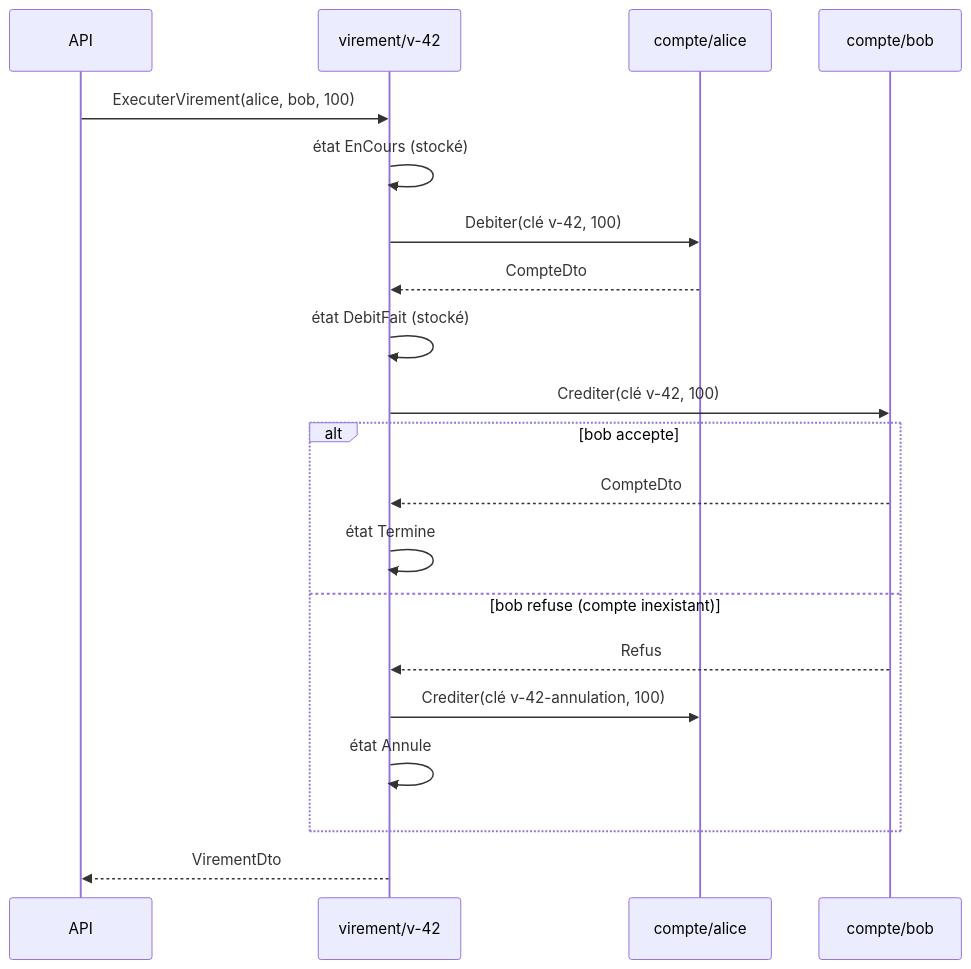
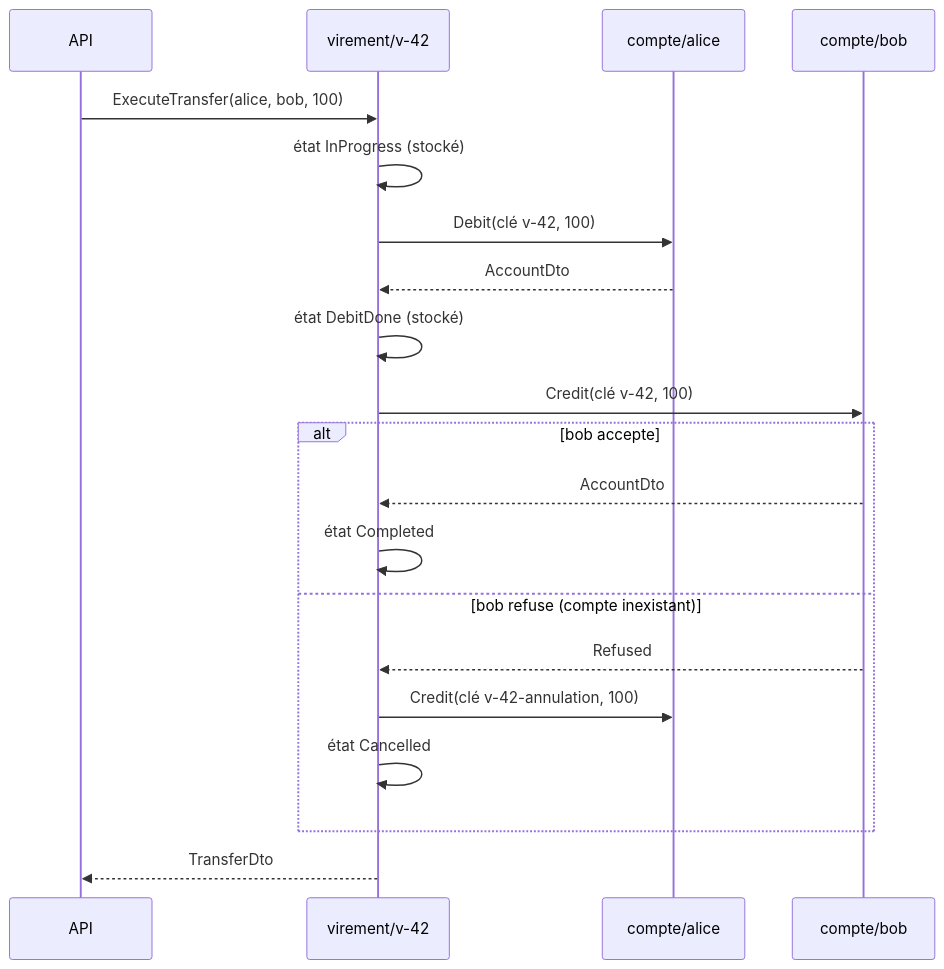
Before and after one commit to drangoht/ArchitecturesDemo: the third of 4 diagrams in Docs/18-modele-acteurs.md, drawn with Mermaid. The commit also changed other lines of this file and 70 other files, not shown here.

Commit message:
Docs FR : identifiants, liens, diagrammes et sorties alignés sur le code anglais

````diff
--- a/Docs/18-modele-acteurs.md
+++ b/Docs/18-modele-acteurs.md
@@ -140,22 +140,22 @@
 ```mermaid
 sequenceDiagram
     participant API
     participant V as virement/v-42
     participant A as compte/alice
     participant B as compte/bob
-    API->>V: ExecuterVirement(alice, bob, 100)
-    V->>V: état EnCours (stocké)
-    V->>A: Debiter(clé v-42, 100)
-    A-->>V: CompteDto
-    V->>V: état DebitFait (stocké)
-    V->>B: Crediter(clé v-42, 100)
+    API->>V: ExecuteTransfer(alice, bob, 100)
+    V->>V: état InProgress (stocké)
+    V->>A: Debit(clé v-42, 100)
+    A-->>V: AccountDto
+    V->>V: état DebitDone (stocké)
+    V->>B: Credit(clé v-42, 100)
     alt bob accepte
-        B-->>V: CompteDto
-        V->>V: état Termine
+        B-->>V: AccountDto
+        V->>V: état Completed
     else bob refuse (compte inexistant)
-        B-->>V: Refus
-        V->>A: Crediter(clé v-42-annulation, 100)
-        V->>V: état Annule
+        B-->>V: Refused
+        V->>A: Credit(clé v-42-annulation, 100)
+        V->>V: état Cancelled
     end
-    V-->>API: VirementDto
+    V-->>API: TransferDto
 ```
````
